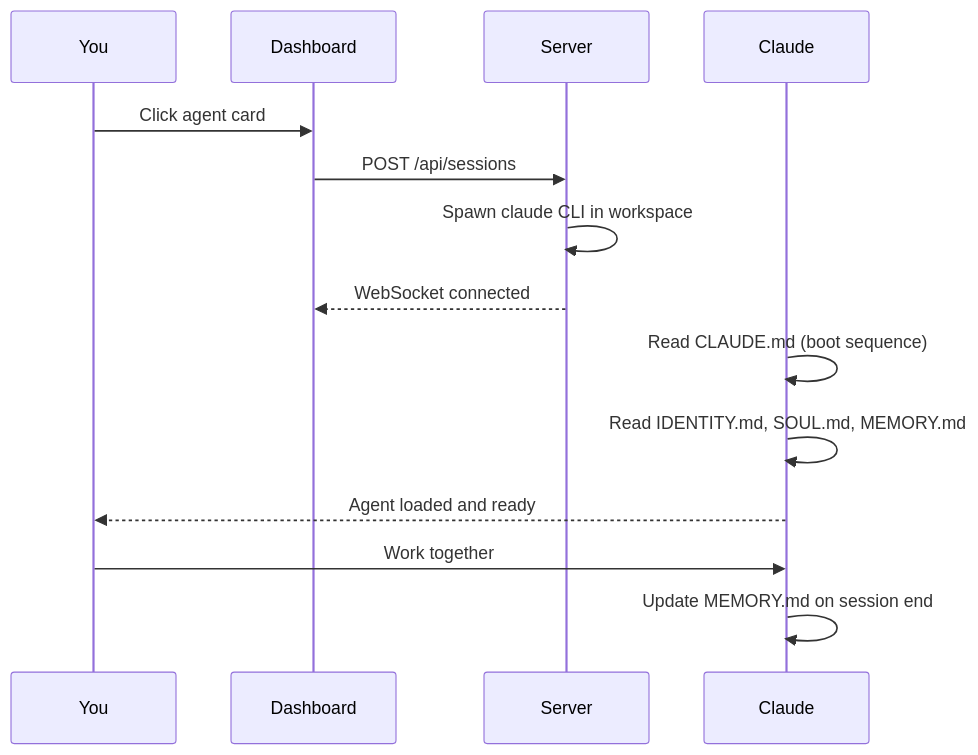
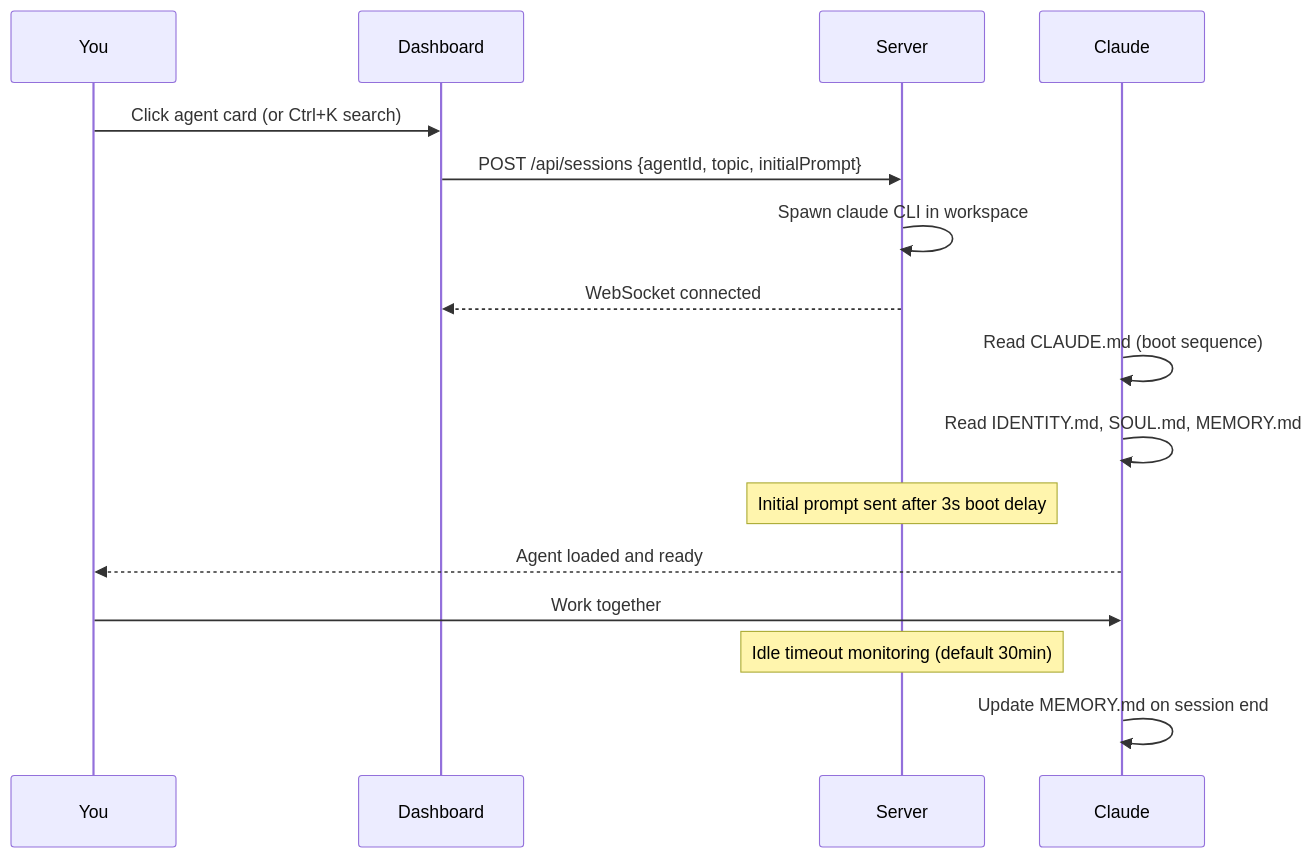
The second of 2 diagrams in README.md (Source-Code-Alpha/ClawHive), drawn with Mermaid before and after one commit. The commit also changed other lines of this file and 3 other files, not shown here.

````diff
--- a/README.md
+++ b/README.md
@@ -109,17 +128,19 @@
 ```mermaid
 sequenceDiagram
     participant U as You
     participant D as Dashboard
     participant S as Server
     participant C as Claude
 
-    U->>D: Click agent card
-    D->>S: POST /api/sessions
+    U->>D: Click agent card (or Ctrl+K search)
+    D->>S: POST /api/sessions {agentId, topic, initialPrompt}
     S->>S: Spawn claude CLI in workspace
     S-->>D: WebSocket connected
     C->>C: Read CLAUDE.md (boot sequence)
     C->>C: Read IDENTITY.md, SOUL.md, MEMORY.md
+    Note over S: Initial prompt sent after 3s boot delay
     C-->>U: Agent loaded and ready
     U->>C: Work together
+    Note over S: Idle timeout monitoring (default 30min)
     C->>C: Update MEMORY.md on session end
 ```
````
